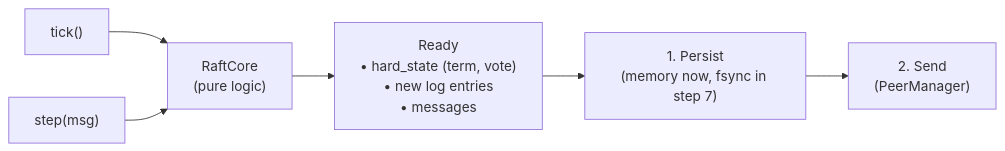
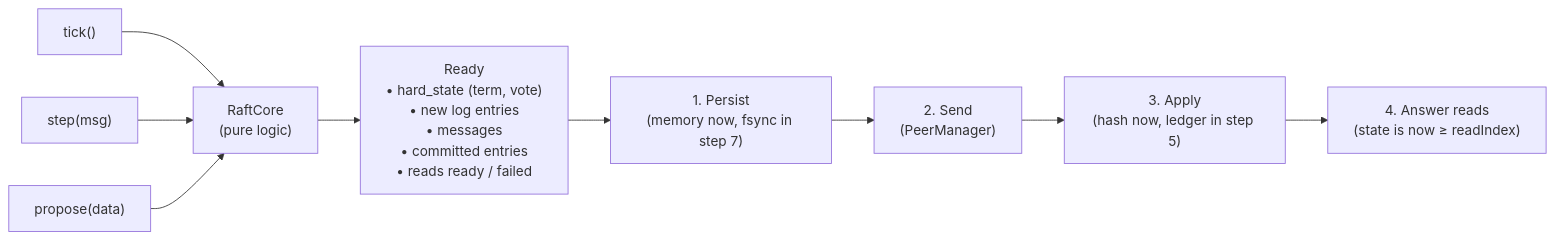
One commit to D1vyanshu1/QuorumPay changed the fifth of 11 diagrams in progress.md. Above: the diagram before and after it, drawn with Mermaid. The commit also changed other lines of this file and 21 other files, not shown here.

Commit message:
log replication , commite , readline index

````diff
--- a/progress.md
+++ b/progress.md
@@ -182,8 +184,11 @@
 ```mermaid
 flowchart LR
     I1["tick()"] --> C
     I2["step(msg)"] --> C
-    C["RaftCore<br/>(pure logic)"] --> R["Ready<br/>• hard_state (term, vote)<br/>• new log entries<br/>• messages"]
+    I3["propose(data)"] --> C
+    C["RaftCore<br/>(pure logic)"] --> R["Ready<br/>• hard_state (term, vote)<br/>• new log entries<br/>• messages<br/>• committed entries<br/>• reads ready / failed"]
     R --> P["1. Persist<br/>(memory now, fsync in step 7)"]
     P --> S["2. Send<br/>(PeerManager)"]
+    S --> A["3. Apply<br/>(hash now, ledger in step 5)"]
+    A --> RD["4. Answer reads<br/>(state is now ≥ readIndex)"]
 ```
````
